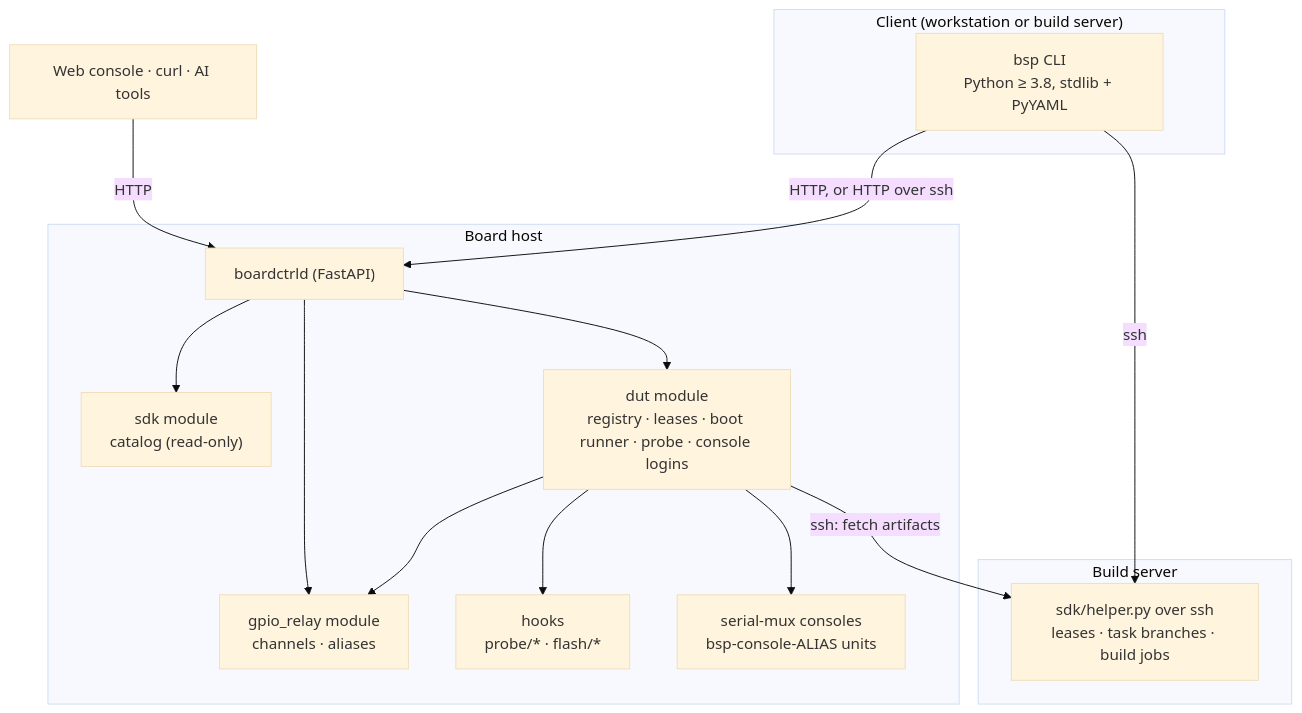
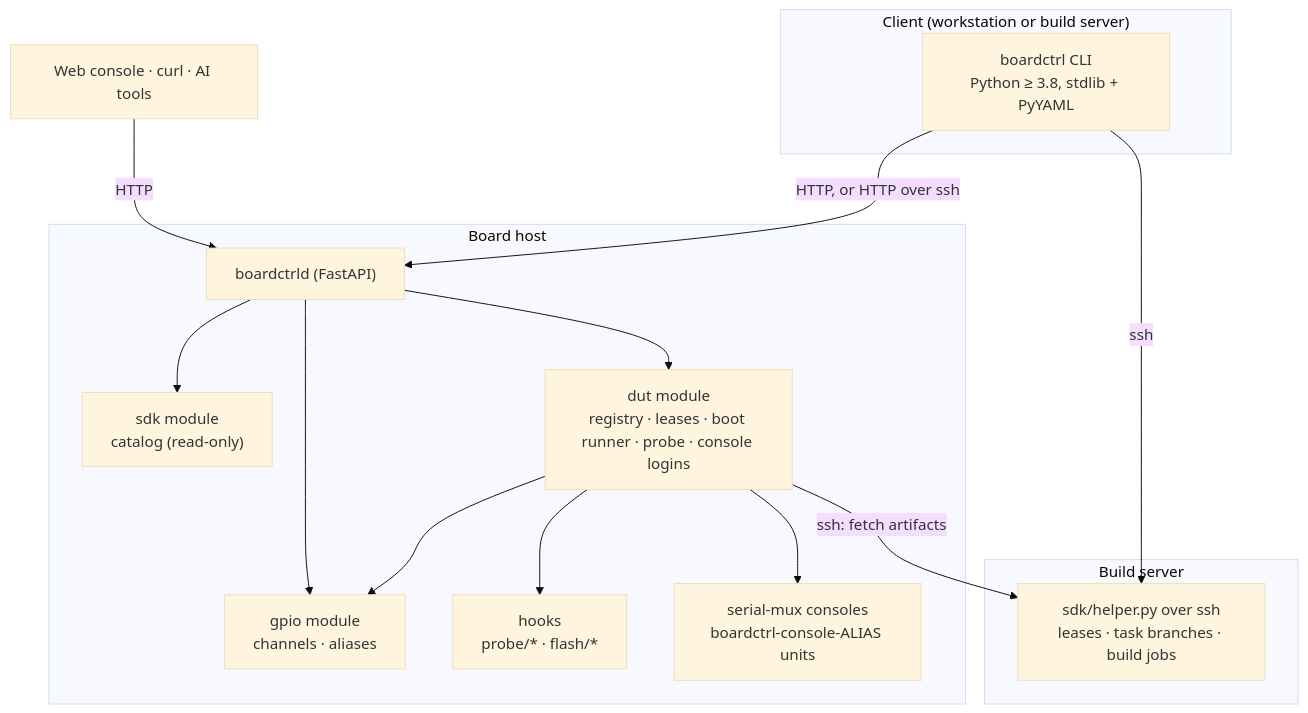
One commit to rzbdz/boardctrl changed the first of 4 diagrams in docs/architecture.md. Above: the diagram before and after it, drawn with Mermaid (base theme). The commit also changed other lines of this file and 14 other files, not shown here.

````diff
--- a/docs/architecture.md
+++ b/docs/architecture.md
@@ -10,25 +10,25 @@
 ```mermaid
 flowchart TB
   subgraph client["Client (workstation or build server)"]
-    cli["bsp CLI<br/>Python ≥ 3.8, stdlib + PyYAML"]
+    cli["boardctrl CLI<br/>Python ≥ 3.8, stdlib + PyYAML"]
   end
   subgraph server["Build server"]
     helper["sdk/helper.py over ssh<br/>leases · task branches · build jobs"]
   end
   subgraph host["Board host"]
     hostd["boardctrld (FastAPI)"]
-    gpio["gpio_relay module<br/>channels · aliases"]
+    gpio["gpio module<br/>channels · aliases"]
     sdkm["sdk module<br/>catalog (read-only)"]
     dut["dut module<br/>registry · leases · boot runner · probe · console logins"]
     hooks["hooks<br/>probe/* · flash/*"]
-    mux["serial-mux consoles<br/>bsp-console-ALIAS units"]
+    mux["serial-mux consoles<br/>boardctrl-console-ALIAS units"]
     hostd --> gpio & sdkm & dut
     dut --> gpio
     dut --> hooks
     dut --> mux
   end
   web["Web console · curl · AI tools"] -- "HTTP" --> hostd
   cli -- "ssh" --> helper
   cli -- "HTTP, or HTTP over ssh" --> hostd
   dut -- "ssh: fetch artifacts" --> helper
 ```
````
